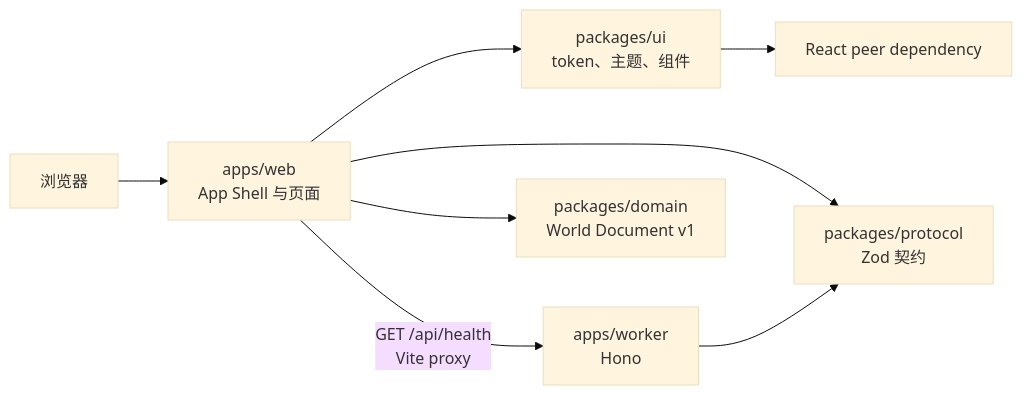
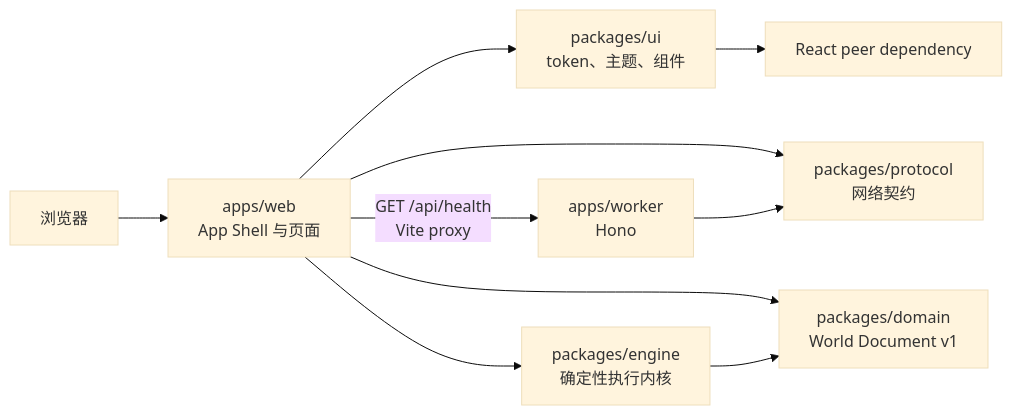
One commit to kasperyhr/axiom-garden changed the first of 4 diagrams in docs/ARCHITECTURE.md. Above: the diagram before and after it, drawn with Mermaid (base theme). The commit also changed other lines of this file and 51 other files, not shown here.

````diff
--- a/docs/ARCHITECTURE.md
+++ b/docs/ARCHITECTURE.md
@@ -13,10 +14,12 @@
 ```mermaid
 flowchart LR
   Browser["浏览器"] --> Web["apps/web<br/>App Shell 与页面"]
   Web --> UI["packages/ui<br/>token、主题、组件"]
+  Web --> Protocol["packages/protocol<br/>网络契约"]
+  Web --> Domain["packages/domain<br/>World Document v1"]
+  Web --> Engine["packages/engine<br/>确定性执行内核"]
+  Engine --> Domain
   Web -->|"GET /api/health<br/>Vite proxy"| Worker["apps/worker<br/>Hono"]
-  Web --> Protocol["packages/protocol<br/>Zod 契约"]
-  Web --> Domain["packages/domain<br/>World Document v1"]
   Worker --> Protocol
   UI --> React["React peer dependency"]
 ```
````
